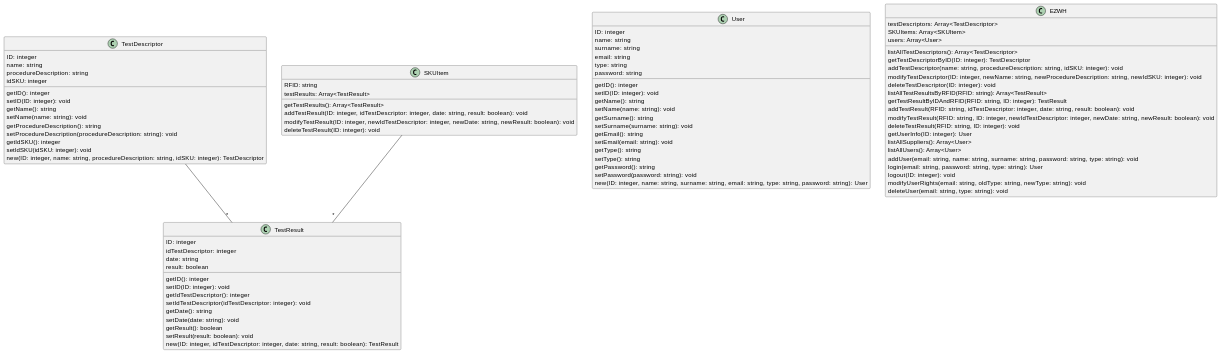
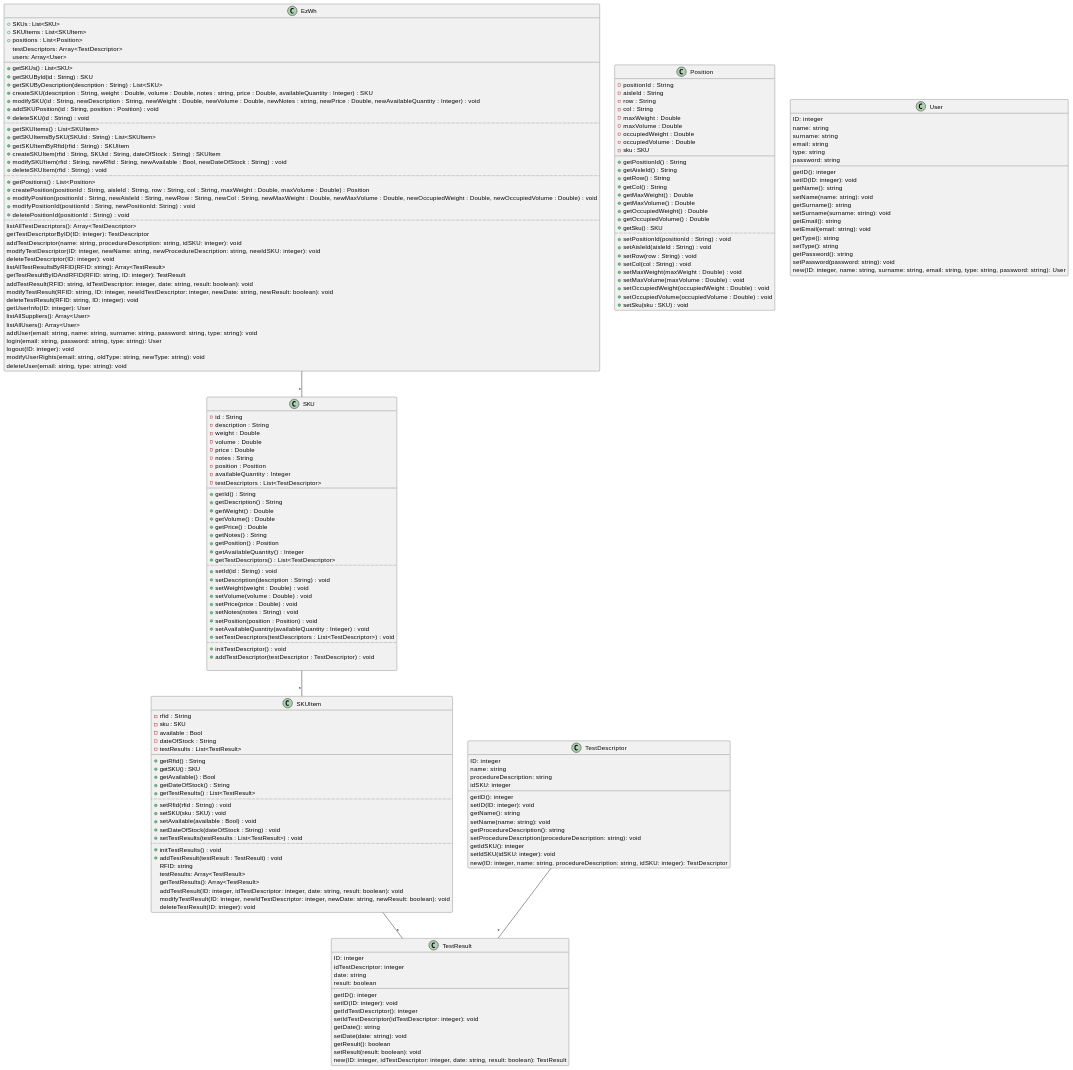
The diagram in DesignDocument.md (giuseppe-dandrea/EzWh), drawn with PlantUML before and after one commit.

Commit message:
Added SKU, SKUItem and Position to high level design

````diff
--- a/DesignDocument.md
+++ b/DesignDocument.md
@@ -36,95 +34,209 @@
 ```plantuml
+class EzWh {
+	+ SKUs : List<SKU>
+	+ SKUItems : List<SKUItem>
+	+ positions : List<Position>
+	testDescriptors: Array<TestDescriptor>
+	users: Array<User>
+	__
+	+ getSKUs() : List<SKU>
+	+ getSKUById(id : String) : SKU
+	+ getSKUByDescription(description : String) : List<SKU>
+	+ createSKU(description : String, weight : Double, volume : Double, notes : string, price : Double, availableQuantity : Integer) : SKU
+	+ modifySKU(id : String, newDescription : String, newWeight : Double, newVolume : Double, newNotes : string, newPrice : Double, newAvailableQuantity : Integer) : void
+	+ addSKUPosition(id : String, position : Position) : void
+	+ deleteSKU(id : String) : void
+	..
+	+ getSKUItems() : List<SKUItem>
+	+ getSKUItemsBySKU(SKUid : String) : List<SKUItem>
+	+ getSKUItemByRfid(rfid : String) : SKUItem
+	+ createSKUItem(rfid : String, SKUid : String, dateOfStock : String) : SKUItem
+	+ modifySKUItem(rfid : String, newRfid : String, newAvailable : Bool, newDateOfStock : String) : void
+	+ deleteSKUItem(rfid : String) : void
+	..
+	+ getPositions() : List<Position>
+	+ createPosition(positionId : String, aisleId : String, row : String, col : String, maxWeight : Double, maxVolume : Double) : Position
+	+ modifyPosition(positionId : String, newAisleId : String, newRow : String, newCol : String, newMaxWeight : Double, newMaxVolume : Double, newOccupiedWeight : Double, newOccupiedVolume : Double) : void
+	+ modifyPositionId(positionId : String, newPositionId: String) : void
+	+ deletePositionId(positionId : String) : void
+	..
+	{method} listAllTestDescriptors(): Array<TestDescriptor>
+	{method} getTestDescriptorByID(ID: integer): TestDescriptor
+	{method} addTestDescriptor(name: string, procedureDescription: string, idSKU: integer): void
+	{method} modifyTestDescriptor(ID: integer, newName: string, newProcedureDescription: string, newIdSKU: integer): void
+	{method} deleteTestDescriptor(ID: integer): void
+	{method} listAllTestResultsByRFID(RFID: string): Array<TestResult>
+	{method} getTestResultByIDAndRFID(RFID: string, ID: integer): TestResult
+	{method} addTestResult(RFID: string, idTestDescriptor: integer, date: string, result: boolean): void
+	{method} modifyTestResult(RFID: string, ID: integer, newIdTestDescriptor: integer, newDate: string, newResult: boolean): void
+	{method} deleteTestResult(RFID: string, ID: integer): void
+	{method} getUserInfo(ID: integer): User
+	{method} listAllSuppliers(): Array<User>
+	{method} listAllUsers(): Array<User>
+	{method} addUser(email: string, name: string, surname: string, password: string, type: string): void
+	{method} login(email: string, password: string, type: string): User
+	{method} logout(ID: integer): void
+	{method} modifyUserRights(email: string, oldType: string, newType: string): void
+	{method} deleteUser(email: string, type: string): void
+}
+
+class SKU {
+	- id : String
+	- description : String
+	- weight : Double
+	- volume : Double
+	- price : Double
+	- notes : String
+	- position : Position
+	- availableQuantity : Integer
+	- testDescriptors : List<TestDescriptor>
+	__
+	+ getId() : String
+	+ getDescription() : String
+	+ getWeight() : Double
+	+ getVolume() : Double
+	+ getPrice() : Double
+	+ getNotes() : String
+	+ getPosition() : Position
+	+ getAvailableQuantity() : Integer
+	+ getTestDescriptors() : List<TestDescriptor>
+	..
+	+ setId(id : String) : void
+	+ setDescription(description : String) : void
+	+ setWeight(weight : Double) : void
+	+ setVolume(volume : Double) : void
+	+ setPrice(price : Double) : void
+	+ setNotes(notes : String) : void
+	+ setPosition(position : Position) : void
+	+ setAvailableQuantity(availableQuantity : Integer) : void
+	+ setTestDescriptors(testDescriptors : List<TestDescriptor>) : void
+	..
+	+ initTestDescriptor() : void
+	+ addTestDescriptor(testDescriptor : TestDescriptor) : void
+
+}
+
+class SKUItem {
+	- rfid : String
+	- sku : SKU
+	- available : Bool
+	- dateOfStock : String
+	- testResults : List<TestResult>
+	__
+	+ getRfid() : String
+	+ getSKU() : SKU
+	+ getAvailable() : Bool
+	+ getDateOfStock() : String
+	+ getTestResults() : List<TestResult>
+	..
+	+ setRfid(rfid : String) : void
+	+ setSKU(sku : SKU) : void
+	+ setAvailable(available : Bool) : void
+	+ setDateOfStock(dateOfStock : String) : void
+	+ setTestResults(testResults : List<TestResult>) : void
+	..
+	+ initTestResults() : void
+	+ addTestResult(testResult : TestResult) : void
+}
+
+class Position {
+	- positionId : String
+	- aisleId : String
+	- row : String
+	- col : String
+	- maxWeight : Double
+	- maxVolume : Double
+	- occupiedWeight : Double
+	- occupiedVolume : Double
+	- sku : SKU
+	__
+	+ getPositionId() : String
+	+ getAisleId() : String
+	+ getRow() : String
+	+ getCol() : String
+	+ getMaxWeight() : Double
+	+ getMaxVolume() : Double
+	+ getOccupiedWeight() : Double
+	+ getOccupiedVolume() : Double
+	+ getSku() : SKU
+	..
+	+ setPositionId(positionId : String) : void
+	+ setAisleId(aisleId : String) : void
+	+ setRow(row : String) : void
+	+ setCol(col : String) : void
+	+ setMaxWeight(maxWeight : Double) : void
+	+ setMaxVolume(maxVolume : Double) : void
+	+ setOccupiedWeight(occupiedWeight : Double) : void
+	+ setOccupiedVolume(occupiedVolume : Double) : void
+	+ setSku(sku : SKU) : void
+}
 
 class TestDescriptor {
-  ID: integer
-  name: string
-  procedureDescription: string
-  idSKU: integer
-  {method} getID(): integer
-  {method} setID(ID: integer): void
-  {method} getName(): string
-  {method} setName(name: string): void
-  {method} getProcedureDescription(): string
-  {method} setProcedureDescription(procedureDescription: string): void
-  {method} getIdSKU(): integer
-  {method} setIdSKU(idSKU: integer): void
-  {method} new(ID: integer, name: string, procedureDescription: string, idSKU: integer): TestDescriptor
+	ID: integer
+	name: string
+	procedureDescription: string
+	idSKU: integer
+	{method} getID(): integer
+	{method} setID(ID: integer): void
+	{method} getName(): string
+	{method} setName(name: string): void
+	{method} getProcedureDescription(): string
+	{method} setProcedureDescription(procedureDescription: string): void
+	{method} getIdSKU(): integer
+	{method} setIdSKU(idSKU: integer): void
+	{method} new(ID: integer, name: string, procedureDescription: string, idSKU: integer): TestDescriptor
 }
 
 
 class TestResult {
-  ID: integer
-  idTestDescriptor: integer
-  date: string
-  result: boolean
-  {method} getID(): integer
-  {method} setID(ID: integer): void
-  {method} getIdTestDescriptor(): integer
-  {method} setIdTestDescriptor(idTestDescriptor: integer): void
-  {method} getDate(): string
-  {method} setDate(date: string): void
-  {method} getResult(): boolean
-  {method} setResult(result: boolean): void
-  {method} new(ID: integer, idTestDescriptor: integer, date: string, result: boolean): TestResult
+	ID: integer
+	idTestDescriptor: integer
+	date: string
+	result: boolean
+	{method} getID(): integer
+	{method} setID(ID: integer): void
+	{method} getIdTestDescriptor(): integer
+	{method} setIdTestDescriptor(idTestDescriptor: integer): void
+	{method} getDate(): string
+	{method} setDate(date: string): void
+	{method} getResult(): boolean
+	{method} setResult(result: boolean): void
+	{method} new(ID: integer, idTestDescriptor: integer, date: string, result: boolean): TestResult
 }
 
 class SKUItem {
-  RFID: string
-  testResults: Array<TestResult>
-  {method} getTestResults(): Array<TestResult>
-  {method} addTestResult(ID: integer, idTestDescriptor: integer, date: string, result: boolean): void
-  {method} modifyTestResult(ID: integer, newIdTestDescriptor: integer, newDate: string, newResult: boolean): void
-  {method} deleteTestResult(ID: integer): void
+	RFID: string
+	testResults: Array<TestResult>
+	{method} getTestResults(): Array<TestResult>
+	{method} addTestResult(ID: integer, idTestDescriptor: integer, date: string, result: boolean): void
+	{method} modifyTestResult(ID: integer, newIdTestDescriptor: integer, newDate: string, newResult: boolean): void
+	{method} deleteTestResult(ID: integer): void
 }
 
 class User {
-  ID: integer
-  name: string
-  surname: string
-  email: string
-  type: string
-  password: string
-  {method} getID(): integer
-  {method} setID(ID: integer): void
-  {method} getName(): string
-  {method} setName(name: string): void
-  {method} getSurname(): string
-  {method} setSurname(surname: string): void
-  {method} getEmail(): string
-  {method} setEmail(email: string): void
-  {method} getType(): string
-  {method} setType(): string
-  {method} getPassword(): string
-  {method} setPassword(password: string): void
-  {method} new(ID: integer, name: string, surname: string, email: string, type: string, password: string): User
+	ID: integer
+	name: string
+	surname: string
+	email: string
+	type: string
+	password: string
+	{method} getID(): integer
+	{method} setID(ID: integer): void
+	{method} getName(): string
+	{method} setName(name: string): void
+	{method} getSurname(): string
+	{method} setSurname(surname: string): void
+	{method} getEmail(): string
+	{method} setEmail(email: string): void
+	{method} getType(): string
+	{method} setType(): string
+	{method} getPassword(): string
+	{method} setPassword(password: string): void
+	{method} new(ID: integer, name: string, surname: string, email: string, type: string, password: string): User
 }
 
-
-class EZWH {
-  testDescriptors: Array<TestDescriptor>
-  SKUItems: Array<SKUItem>
-  users: Array<User>
-  {method} listAllTestDescriptors(): Array<TestDescriptor>
-  {method} getTestDescriptorByID(ID: integer): TestDescriptor
-  {method} addTestDescriptor(name: string, procedureDescription: string, idSKU: integer): void
-  {method} modifyTestDescriptor(ID: integer, newName: string, newProcedureDescription: string, newIdSKU: integer): void
-  {method} deleteTestDescriptor(ID: integer): void
-  {method} listAllTestResultsByRFID(RFID: string): Array<TestResult>
-  {method} getTestResultByIDAndRFID(RFID: string, ID: integer): TestResult
-  {method} addTestResult(RFID: string, idTestDescriptor: integer, date: string, result: boolean): void
-  {method} modifyTestResult(RFID: string, ID: integer, newIdTestDescriptor: integer, newDate: string, newResult: boolean): void
-  {method} deleteTestResult(RFID: string, ID: integer): void
-  {method} getUserInfo(ID: integer): User
-  {method} listAllSuppliers(): Array<User>
-  {method} listAllUsers(): Array<User>
-  {method} addUser(email: string, name: string, surname: string, password: string, type: string): void
-  {method} login(email: string, password: string, type: string): User
-  {method} logout(ID: integer): void
-  {method} modifyUserRights(email: string, oldType: string, newType: string): void
-  {method} deleteUser(email: string, type: string): void
-}
-
+EzWh -- "*" SKU
+SKU -- "*" SKUItem
 SKUItem -- "*" TestResult
 TestDescriptor -- "*" TestResult 
-
 ```
````
